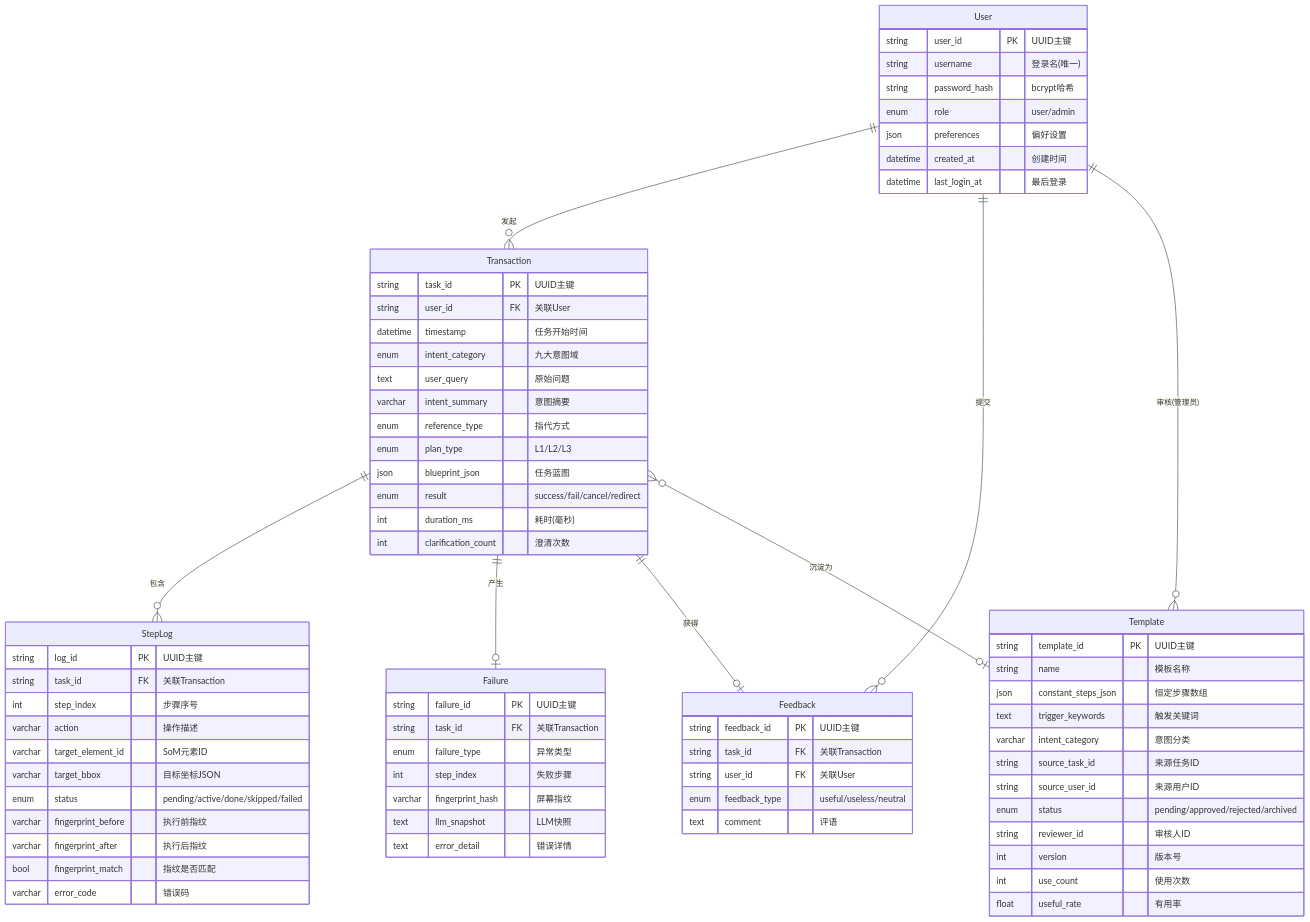
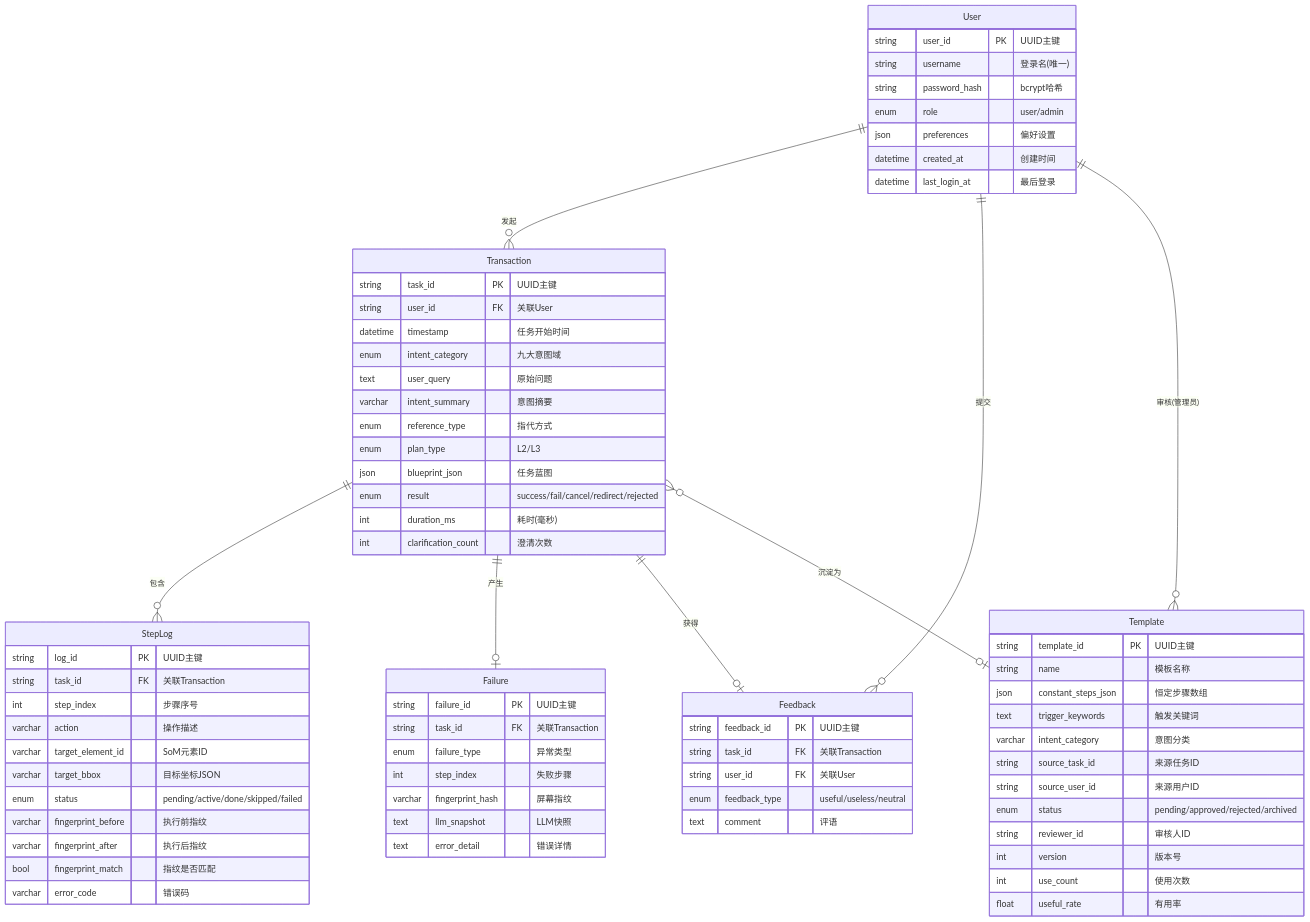
One commit to eicon-xyz/Fuzzy-Visual-Assisted-Question-Answering-System changed the fourth of 12 diagrams in 项目文档/UML_diagrams.md. Above: the diagram before and after it, drawn with Mermaid. The commit also changed other lines of this file and 9 other files, not shown here.

```diff
--- a/项目文档/UML_diagrams.md
+++ b/项目文档/UML_diagrams.md
@@ -278,9 +278,9 @@
         text user_query "原始问题"
         varchar intent_summary "意图摘要"
         enum reference_type "指代方式"
-        enum plan_type "L1/L2/L3"
+        enum plan_type "L2/L3"
         json blueprint_json "任务蓝图"
-        enum result "success/fail/cancel/redirect"
+        enum result "success/fail/cancel/redirect/rejected"
         int duration_ms "耗时(毫秒)"
         int clarification_count "澄清次数"
     }
```
